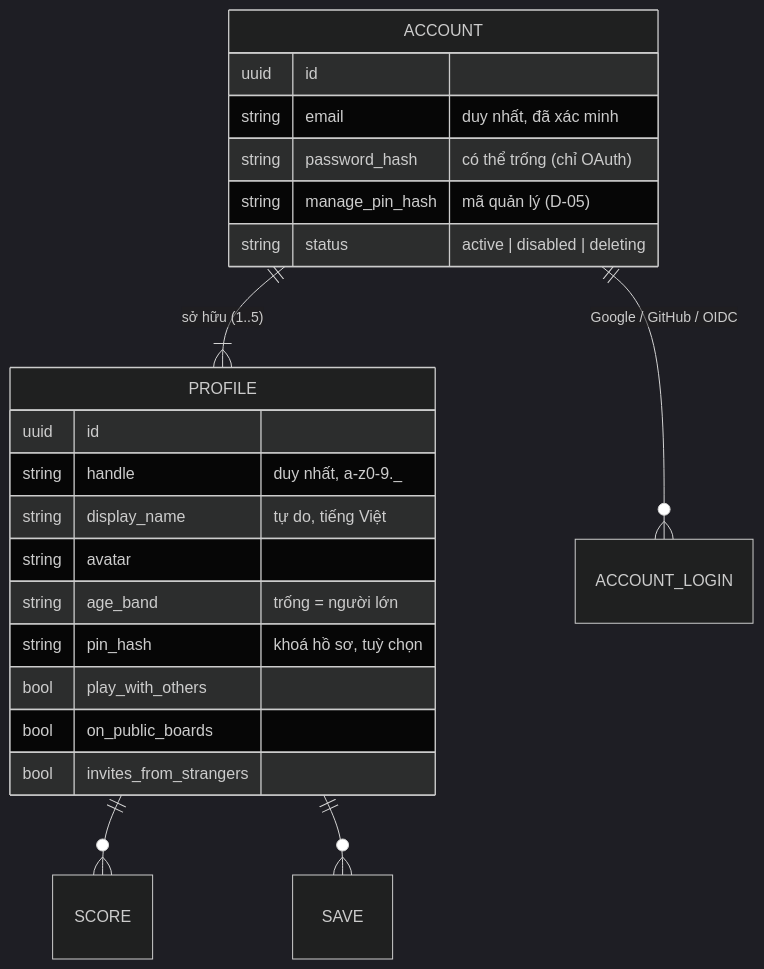
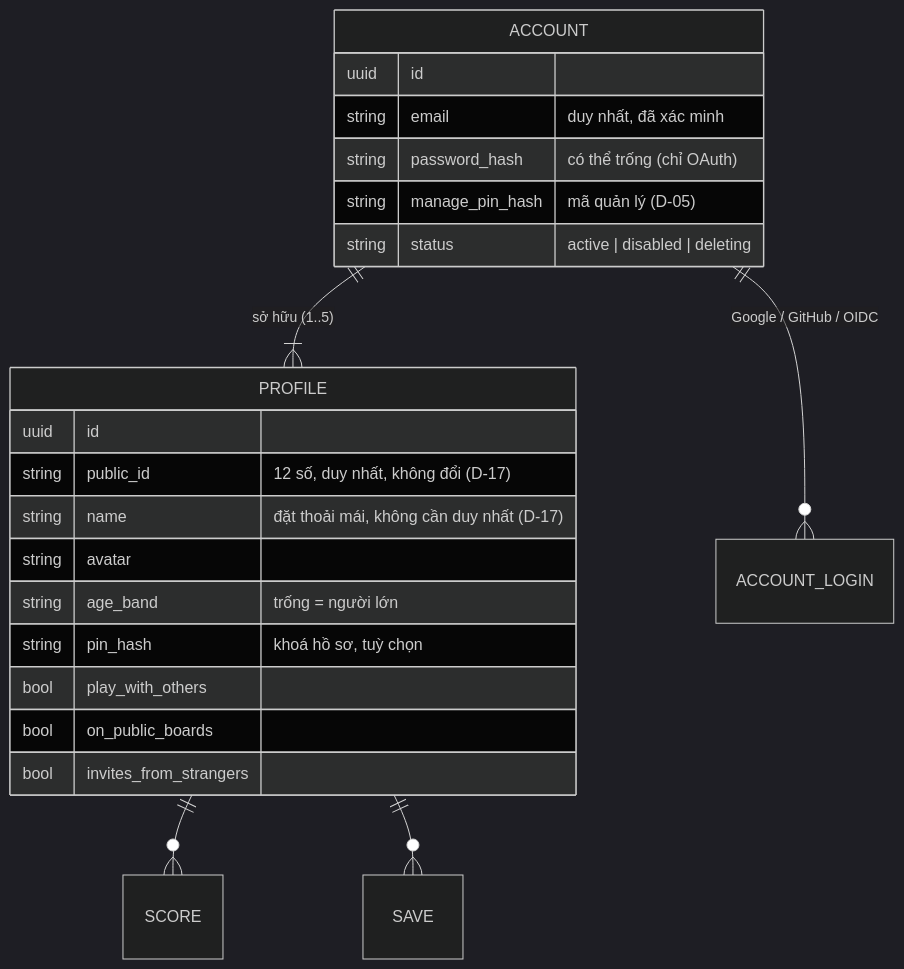
Before and after one commit to vinh466/tohe-play: the diagram in plans/public-launch/items/D-01-accounts-profiles-handles.md, drawn with Mermaid (dark theme). The commit also changed other lines of this file and 17 other files, not shown here.

````diff
--- a/plans/public-launch/items/D-01-accounts-profiles-handles.md
+++ b/plans/public-launch/items/D-01-accounts-profiles-handles.md
@@ -78,25 +78,25 @@
 ```mermaid
 erDiagram
   ACCOUNT ||--|{ PROFILE : "sở hữu (1..5)"
   ACCOUNT ||--o{ ACCOUNT_LOGIN : "Google / GitHub / OIDC"
   PROFILE ||--o{ SCORE : ""
   PROFILE ||--o{ SAVE : ""
   ACCOUNT {
     uuid id
     string email "duy nhất, đã xác minh"
     string password_hash "có thể trống (chỉ OAuth)"
     string manage_pin_hash "mã quản lý (D-05)"
     string status "active | disabled | deleting"
   }
   PROFILE {
     uuid id
-    string handle "duy nhất, a-z0-9._"
-    string display_name "tự do, tiếng Việt"
+    string public_id "12 số, duy nhất, không đổi (D-17)"
+    string name "đặt thoải mái, không cần duy nhất (D-17)"
     string avatar
     string age_band "trống = người lớn"
     string pin_hash "khoá hồ sơ, tuỳ chọn"
     bool play_with_others
     bool on_public_boards
     bool invites_from_strangers
   }
 ```
````
